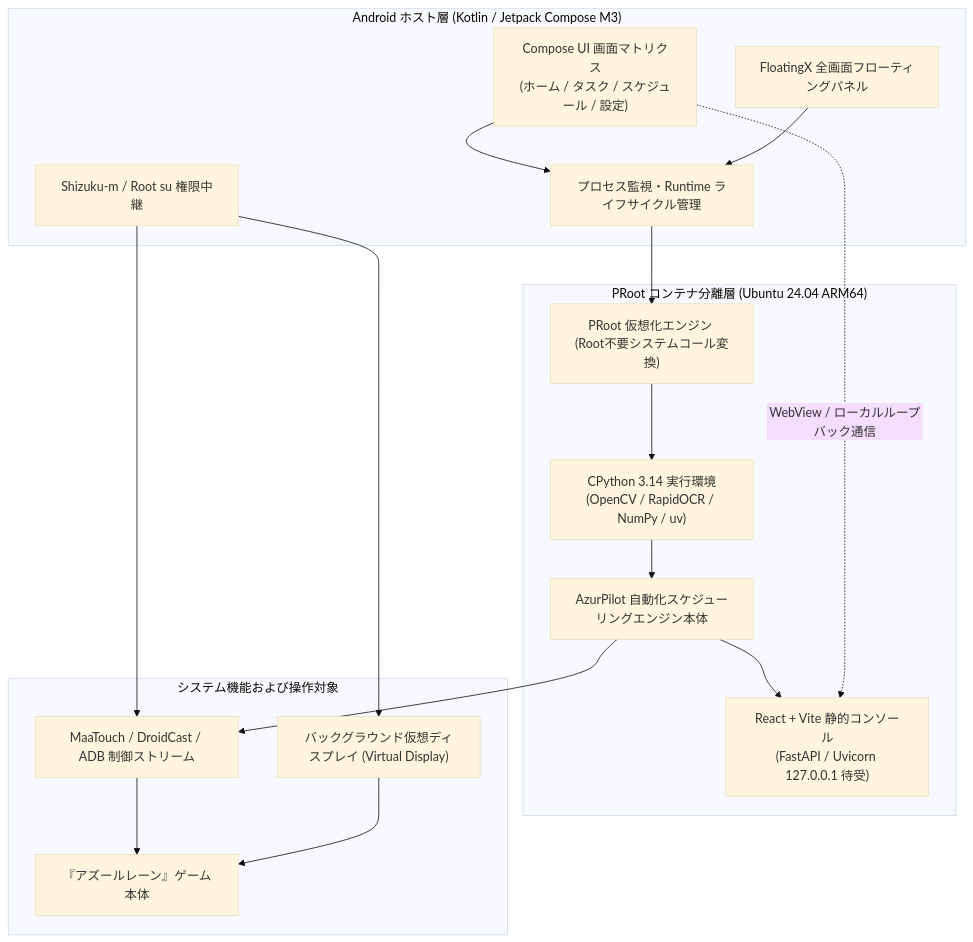
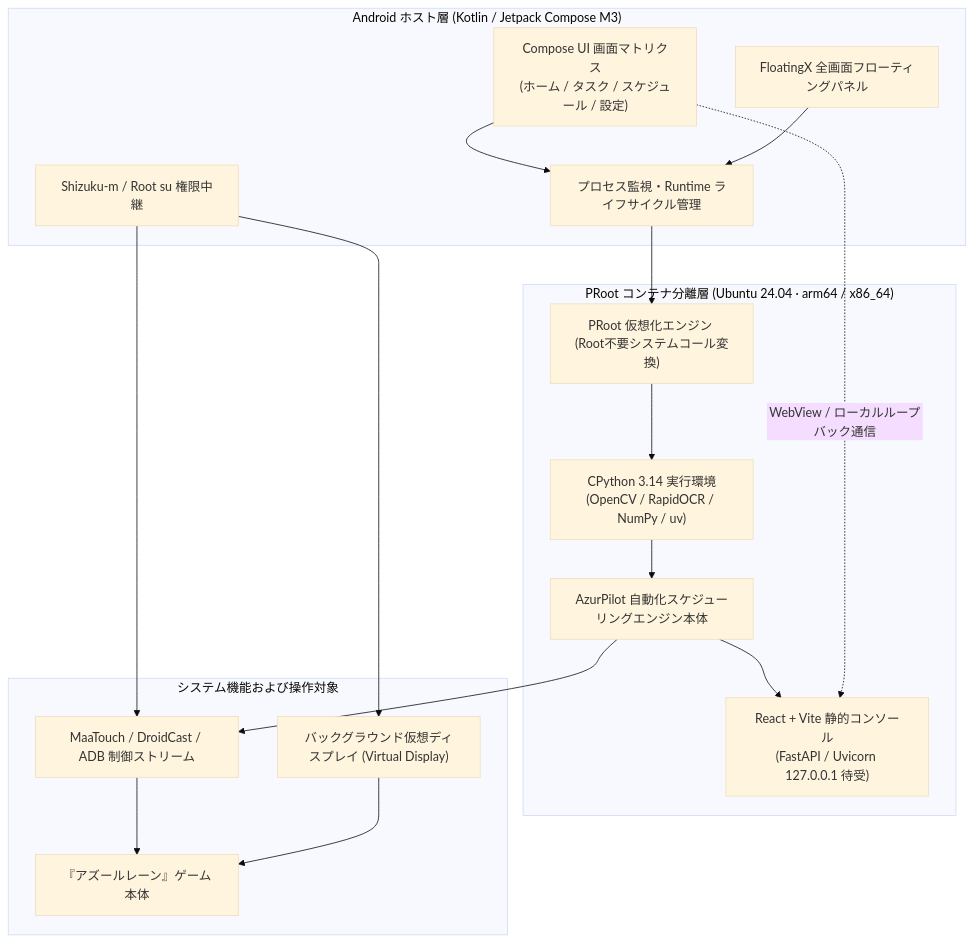
The diagram in README_ja.md (wess09/ALAS-AOS), drawn with Mermaid (base theme) before and after one commit. The commit also changed other lines of this file and 60 other files, not shown here.

````diff
--- a/README_ja.md
+++ b/README_ja.md
@@ -305,35 +306,35 @@
 ```mermaid
 graph TD
     subgraph AndroidHost ["Android ホスト層 (Kotlin / Jetpack Compose M3)"]
         UI["Compose UI 画面マトリクス\n(ホーム / タスク / スケジュール / 設定)"]
         Overlay["FloatingX 全画面フローティングパネル"]
         Lifecycle["プロセス監視・Runtime ライフサイクル管理"]
         Bridge["Shizuku-m / Root su 権限中継"]
     end
 
-    subgraph Container ["PRoot コンテナ分離層 (Ubuntu 24.04 ARM64)"]
+    subgraph Container ["PRoot コンテナ分離層 (Ubuntu 24.04 · arm64 / x86_64)"]
         PROOT["PRoot 仮想化エンジン (Root不要システムコール変換)"]
         ENV["CPython 3.14 実行環境\n(OpenCV / RapidOCR / NumPy / uv)"]
         CORE["AzurPilot 自動化スケジューリングエンジン本体"]
         WEB["React + Vite 静的コンソール\n(FastAPI / Uvicorn 127.0.0.1 待受)"]
     end
 
     subgraph DeviceTarget ["システム機能および操作対象"]
         VDisplay["バックグラウンド仮想ディスプレイ (Virtual Display)"]
         InputService["MaaTouch / DroidCast / ADB 制御ストリーム"]
         GameApp["『アズールレーン』ゲーム本体"]
     end
 
     UI --> Lifecycle
     Overlay --> Lifecycle
     Lifecycle --> PROOT
     PROOT --> ENV
     ENV --> CORE
     CORE --> WEB
     UI -. "WebView / ローカルループバック通信" .-> WEB
     Bridge --> InputService
     Bridge --> VDisplay
     InputService --> GameApp
     VDisplay --> GameApp
     CORE --> InputService
 ```
````
